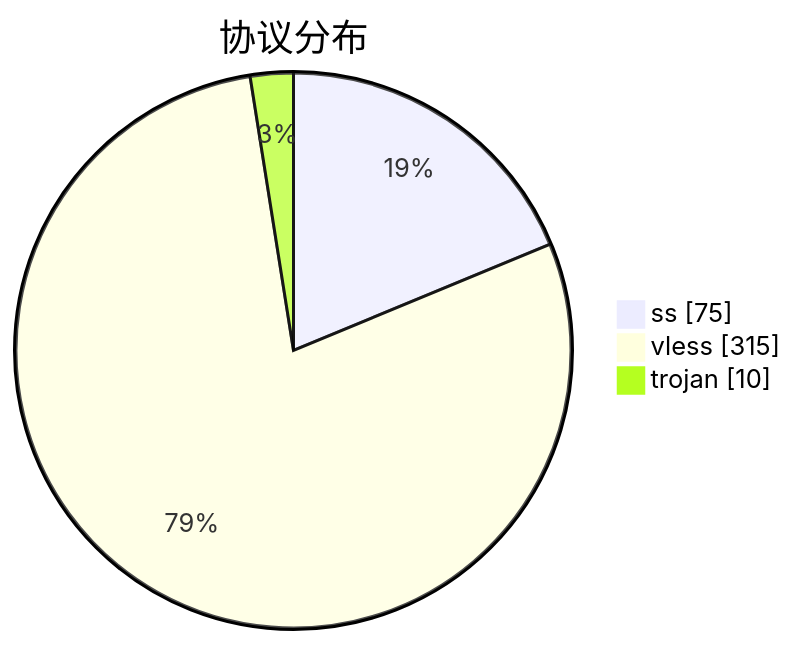
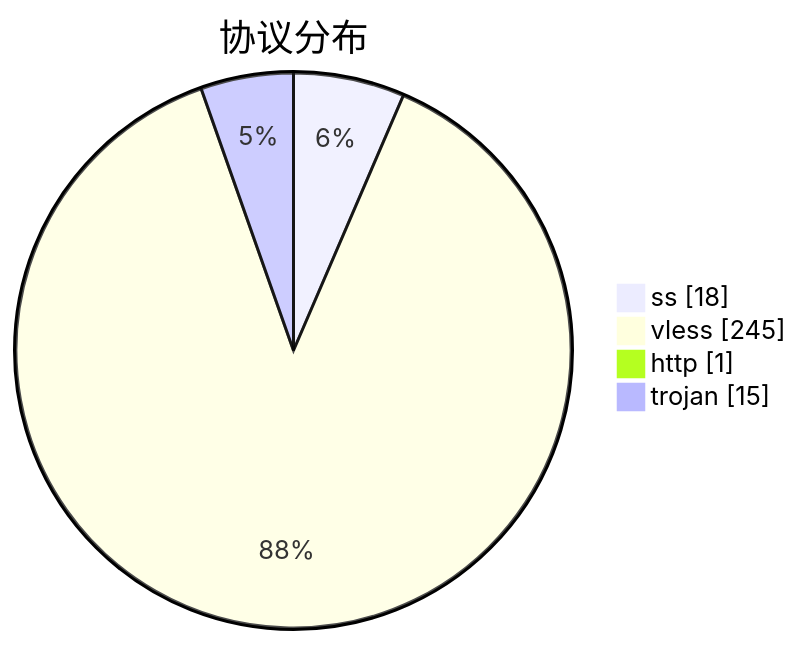
Before and after one commit to qjlxg/airport: the third of 3 diagrams in subs/statistics/tested_within.md, drawn with Mermaid. The commit also changed other lines of this file and 2 other files, not shown here.

````diff
--- a/subs/statistics/tested_within.md
+++ b/subs/statistics/tested_within.md
@@ -28,7 +27,8 @@
 ```mermaid
 pie showData
 title 协议分布
-"ss" : 75
-"vless" : 315
-"trojan" : 10
+"ss" : 18
+"vless" : 245
+"http" : 1
+"trojan" : 15
 ```
````
